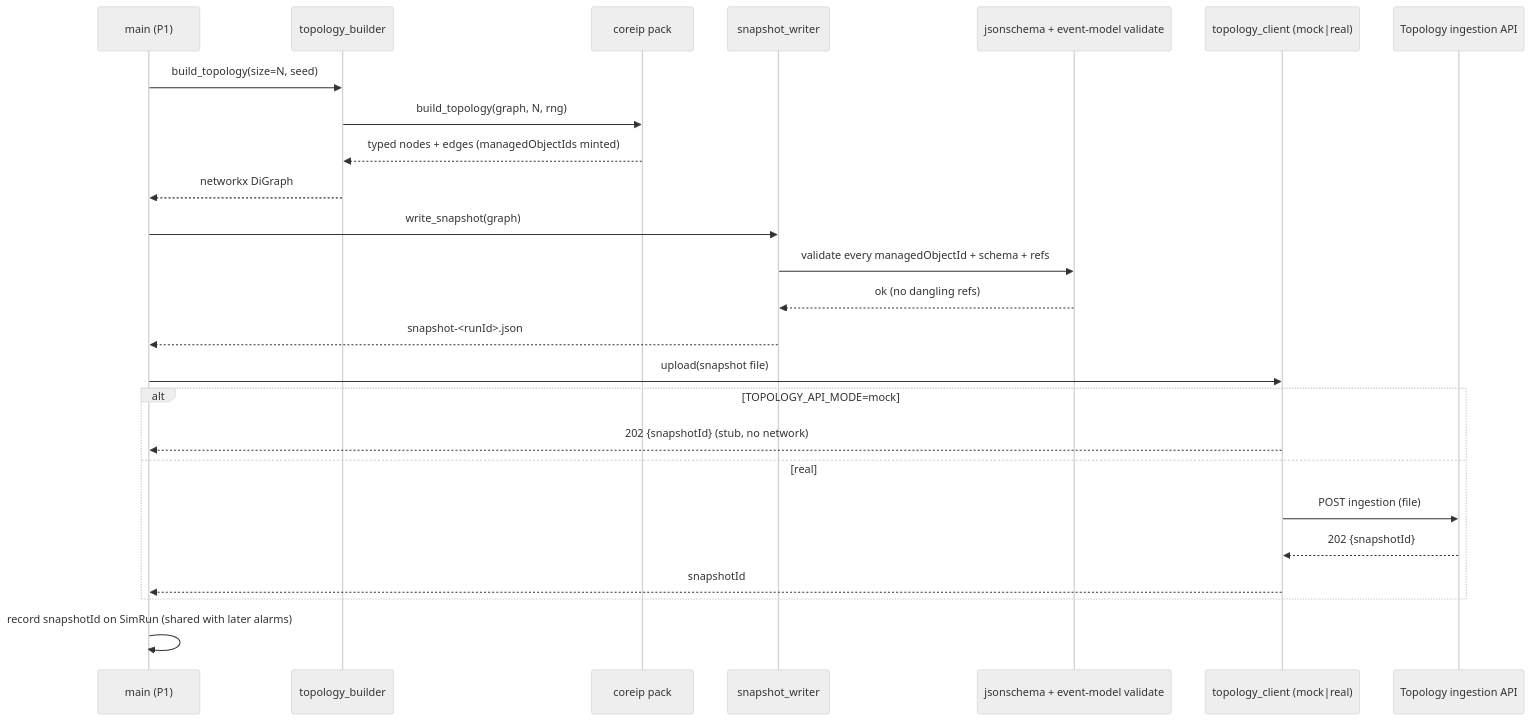
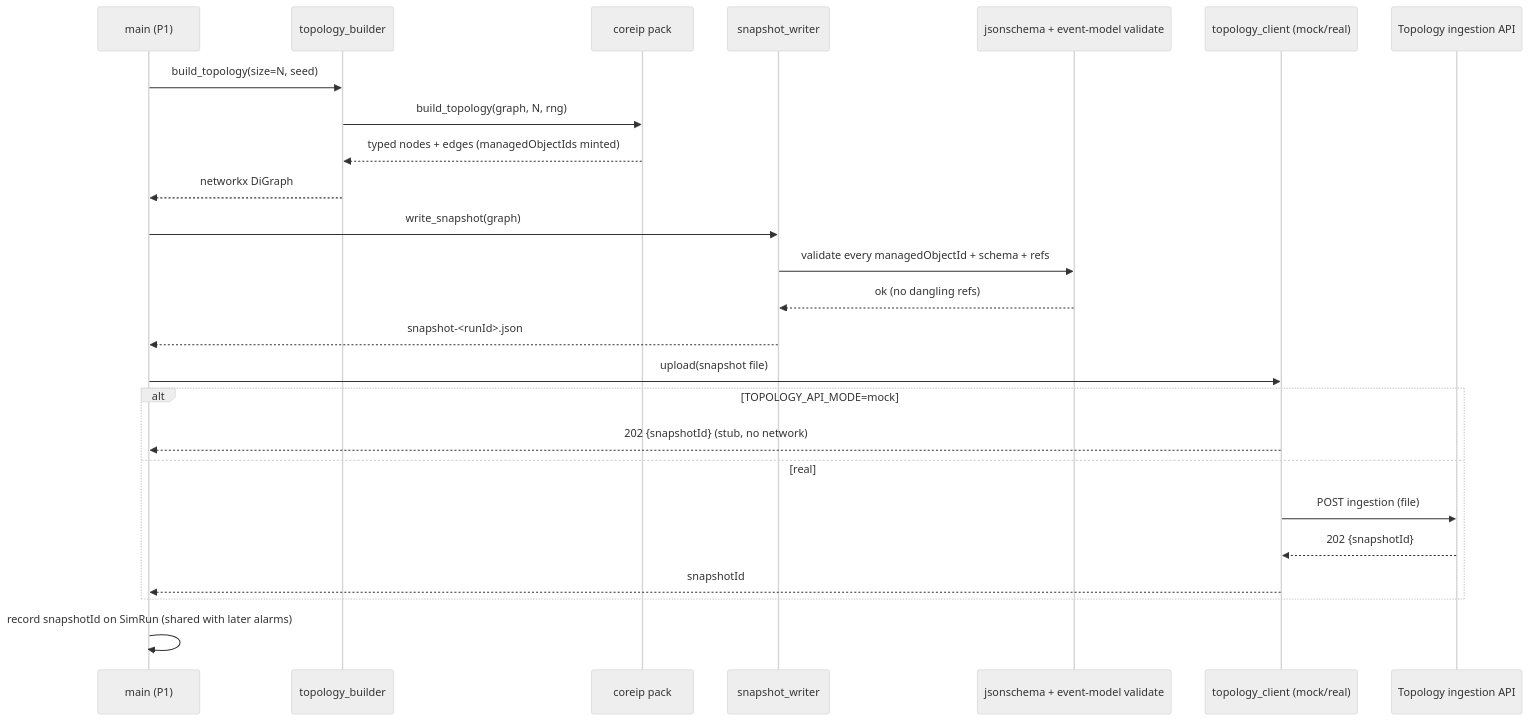
One commit to nikhilmohan/correlation-platform changed the third of 7 diagrams in services/simulator/design.md. Above: the diagram before and after it, drawn with Mermaid (neutral theme). The commit also changed other lines of this file, not shown here.

First line of the commit message:
design(simulator): fix Mermaid render — remove | from node/subgraph/participant labels

````diff
--- a/services/simulator/design.md
+++ b/services/simulator/design.md
@@ -299,28 +299,28 @@
 ```mermaid
 sequenceDiagram
   participant CLI as main (P1)
   participant TB as topology_builder
   participant Pack as coreip pack
   participant SW as snapshot_writer
   participant Val as jsonschema + event-model validate
-  participant TC as topology_client (mock|real)
+  participant TC as topology_client (mock/real)
   participant Topo as Topology ingestion API
 
   CLI->>TB: build_topology(size=N, seed)
   TB->>Pack: build_topology(graph, N, rng)
   Pack-->>TB: typed nodes + edges (managedObjectIds minted)
   TB-->>CLI: networkx DiGraph
   CLI->>SW: write_snapshot(graph)
   SW->>Val: validate every managedObjectId + schema + refs
   Val-->>SW: ok (no dangling refs)
   SW-->>CLI: snapshot-<runId>.json
   CLI->>TC: upload(snapshot file)
   alt TOPOLOGY_API_MODE=mock
     TC-->>CLI: 202 {snapshotId} (stub, no network)
   else real
     TC->>Topo: POST ingestion (file)
     Topo-->>TC: 202 {snapshotId}
     TC-->>CLI: snapshotId
   end
   CLI->>CLI: record snapshotId on SimRun (shared with later alarms)
 ```
````
